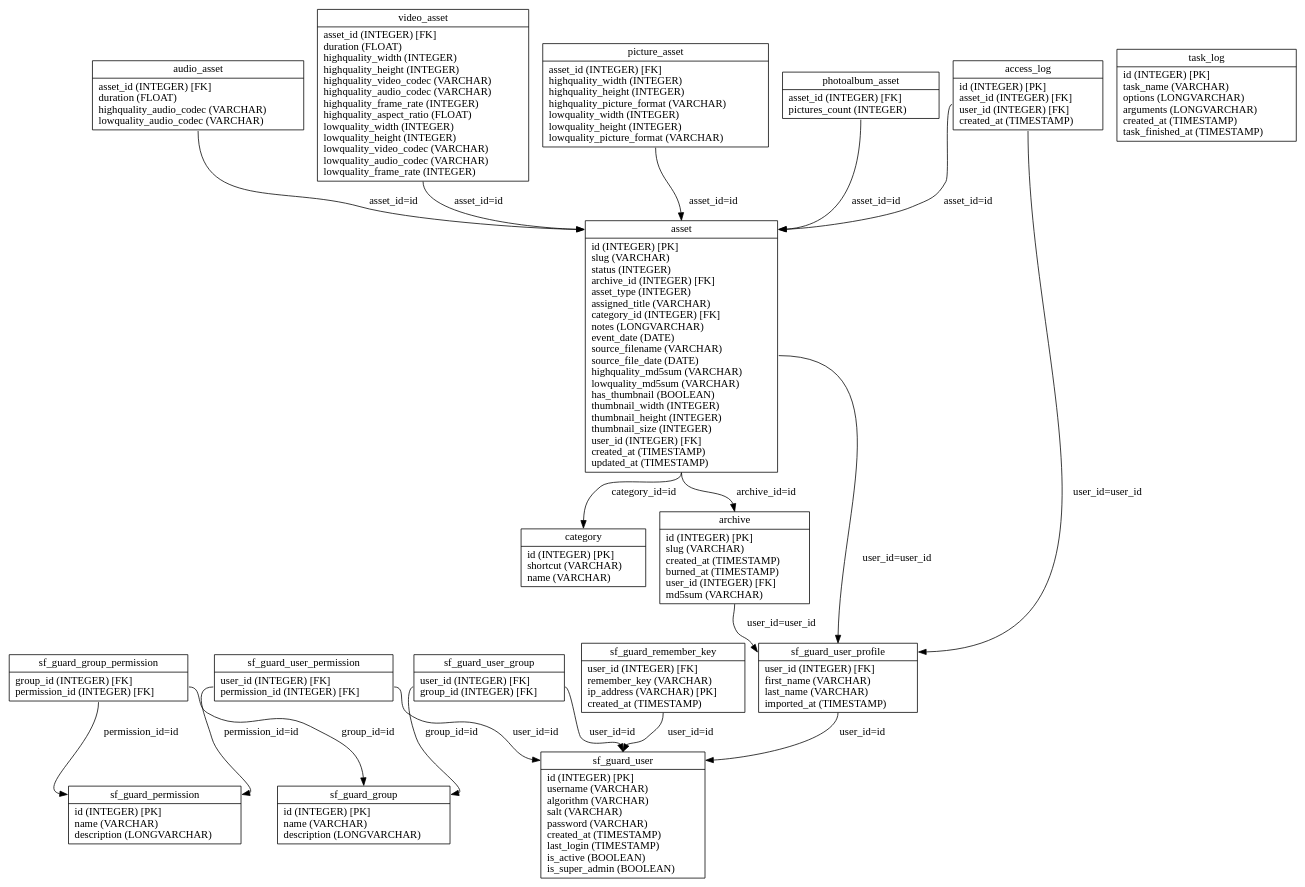
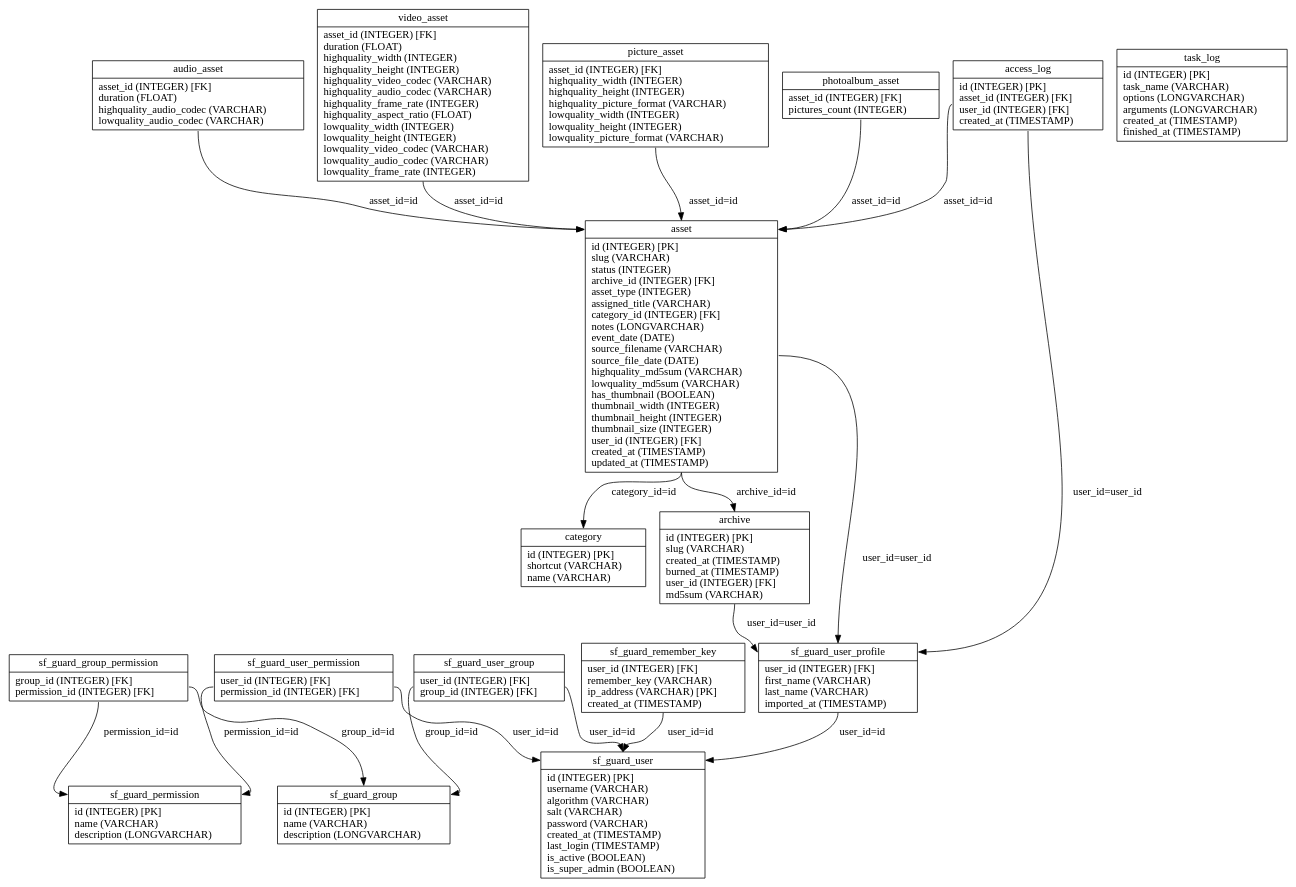
The diagram in graph/propel.schema.dot (loristissino/wviola), drawn with Graphviz before and after one commit. The commit also changed 64 other files, not shown here.

```diff
--- a/graph/propel.schema.dot
+++ b/graph/propel.schema.dot
@@ -1,38 +1,38 @@
 digraph G {
 nodesf_guard_group [label="{<table>sf_guard_group|<cols>id (INTEGER) [PK]\lname (VARCHAR)\ldescription (LONGVARCHAR)\l}", shape=record];
 nodesf_guard_permission [label="{<table>sf_guard_permission|<cols>id (INTEGER) [PK]\lname (VARCHAR)\ldescription (LONGVARCHAR)\l}", shape=record];
 nodesf_guard_group_permission [label="{<table>sf_guard_group_permission|<cols>group_id (INTEGER) [FK]\lpermission_id (INTEGER) [FK]\l}", shape=record];
 nodesf_guard_user [label="{<table>sf_guard_user|<cols>id (INTEGER) [PK]\lusername (VARCHAR)\lalgorithm (VARCHAR)\lsalt (VARCHAR)\lpassword (VARCHAR)\lcreated_at (TIMESTAMP)\llast_login (TIMESTAMP)\lis_active (BOOLEAN)\lis_super_admin (BOOLEAN)\l}", shape=record];
 nodesf_guard_user_permission [label="{<table>sf_guard_user_permission|<cols>user_id (INTEGER) [FK]\lpermission_id (INTEGER) [FK]\l}", shape=record];
 nodesf_guard_user_group [label="{<table>sf_guard_user_group|<cols>user_id (INTEGER) [FK]\lgroup_id (INTEGER) [FK]\l}", shape=record];
 nodesf_guard_remember_key [label="{<table>sf_guard_remember_key|<cols>user_id (INTEGER) [FK]\lremember_key (VARCHAR)\lip_address (VARCHAR) [PK]\lcreated_at (TIMESTAMP)\l}", shape=record];
 nodesf_guard_user_profile [label="{<table>sf_guard_user_profile|<cols>user_id (INTEGER) [FK]\lfirst_name (VARCHAR)\llast_name (VARCHAR)\limported_at (TIMESTAMP)\l}", shape=record];
 nodeasset [label="{<table>asset|<cols>id (INTEGER) [PK]\lslug (VARCHAR)\lstatus (INTEGER)\larchive_id (INTEGER) [FK]\lasset_type (INTEGER)\lassigned_title (VARCHAR)\lcategory_id (INTEGER) [FK]\lnotes (LONGVARCHAR)\levent_date (DATE)\lsource_filename (VARCHAR)\lsource_file_date (DATE)\lhighquality_md5sum (VARCHAR)\llowquality_md5sum (VARCHAR)\lhas_thumbnail (BOOLEAN)\lthumbnail_width (INTEGER)\lthumbnail_height (INTEGER)\lthumbnail_size (INTEGER)\luser_id (INTEGER) [FK]\lcreated_at (TIMESTAMP)\lupdated_at (TIMESTAMP)\l}", shape=record];
 nodevideo_asset [label="{<table>video_asset|<cols>asset_id (INTEGER) [FK]\lduration (FLOAT)\lhighquality_width (INTEGER)\lhighquality_height (INTEGER)\lhighquality_video_codec (VARCHAR)\lhighquality_audio_codec (VARCHAR)\lhighquality_frame_rate (INTEGER)\lhighquality_aspect_ratio (FLOAT)\llowquality_width (INTEGER)\llowquality_height (INTEGER)\llowquality_video_codec (VARCHAR)\llowquality_audio_codec (VARCHAR)\llowquality_frame_rate (INTEGER)\l}", shape=record];
 nodepicture_asset [label="{<table>picture_asset|<cols>asset_id (INTEGER) [FK]\lhighquality_width (INTEGER)\lhighquality_height (INTEGER)\lhighquality_picture_format (VARCHAR)\llowquality_width (INTEGER)\llowquality_height (INTEGER)\llowquality_picture_format (VARCHAR)\l}", shape=record];
 nodephotoalbum_asset [label="{<table>photoalbum_asset|<cols>asset_id (INTEGER) [FK]\lpictures_count (INTEGER)\l}", shape=record];
 nodeaudio_asset [label="{<table>audio_asset|<cols>asset_id (INTEGER) [FK]\lduration (FLOAT)\lhighquality_audio_codec (VARCHAR)\llowquality_audio_codec (VARCHAR)\l}", shape=record];
 nodearchive [label="{<table>archive|<cols>id (INTEGER) [PK]\lslug (VARCHAR)\lcreated_at (TIMESTAMP)\lburned_at (TIMESTAMP)\luser_id (INTEGER) [FK]\lmd5sum (VARCHAR)\l}", shape=record];
 nodecategory [label="{<table>category|<cols>id (INTEGER) [PK]\lshortcut (VARCHAR)\lname (VARCHAR)\l}", shape=record];
 nodeaccess_log [label="{<table>access_log|<cols>id (INTEGER) [PK]\lasset_id (INTEGER) [FK]\luser_id (INTEGER) [FK]\lcreated_at (TIMESTAMP)\l}", shape=record];
-nodetask_log [label="{<table>task_log|<cols>id (INTEGER) [PK]\ltask_name (VARCHAR)\loptions (LONGVARCHAR)\larguments (LONGVARCHAR)\lcreated_at (TIMESTAMP)\ltask_finished_at (TIMESTAMP)\l}", shape=record];
+nodetask_log [label="{<table>task_log|<cols>id (INTEGER) [PK]\ltask_name (VARCHAR)\loptions (LONGVARCHAR)\larguments (LONGVARCHAR)\lcreated_at (TIMESTAMP)\lfinished_at (TIMESTAMP)\l}", shape=record];
 
 nodesf_guard_group_permission:cols -> nodesf_guard_group:table [label="group_id=id "];
 nodesf_guard_group_permission:cols -> nodesf_guard_permission:table [label="permission_id=id "];
 nodesf_guard_user_permission:cols -> nodesf_guard_user:table [label="user_id=id "];
 nodesf_guard_user_permission:cols -> nodesf_guard_permission:table [label="permission_id=id "];
 nodesf_guard_user_group:cols -> nodesf_guard_user:table [label="user_id=id "];
 nodesf_guard_user_group:cols -> nodesf_guard_group:table [label="group_id=id "];
 nodesf_guard_remember_key:cols -> nodesf_guard_user:table [label="user_id=id "];
 nodesf_guard_user_profile:cols -> nodesf_guard_user:table [label="user_id=id "];
 nodeasset:cols -> nodearchive:table [label="archive_id=id "];
 nodeasset:cols -> nodecategory:table [label="category_id=id "];
 nodeasset:cols -> nodesf_guard_user_profile:table [label="user_id=user_id "];
 nodevideo_asset:cols -> nodeasset:table [label="asset_id=id "];
 nodepicture_asset:cols -> nodeasset:table [label="asset_id=id "];
 nodephotoalbum_asset:cols -> nodeasset:table [label="asset_id=id "];
 nodeaudio_asset:cols -> nodeasset:table [label="asset_id=id "];
 nodearchive:cols -> nodesf_guard_user_profile:table [label="user_id=user_id "];
 nodeaccess_log:cols -> nodeasset:table [label="asset_id=id "];
 nodeaccess_log:cols -> nodesf_guard_user_profile:table [label="user_id=user_id "];
 }
```
